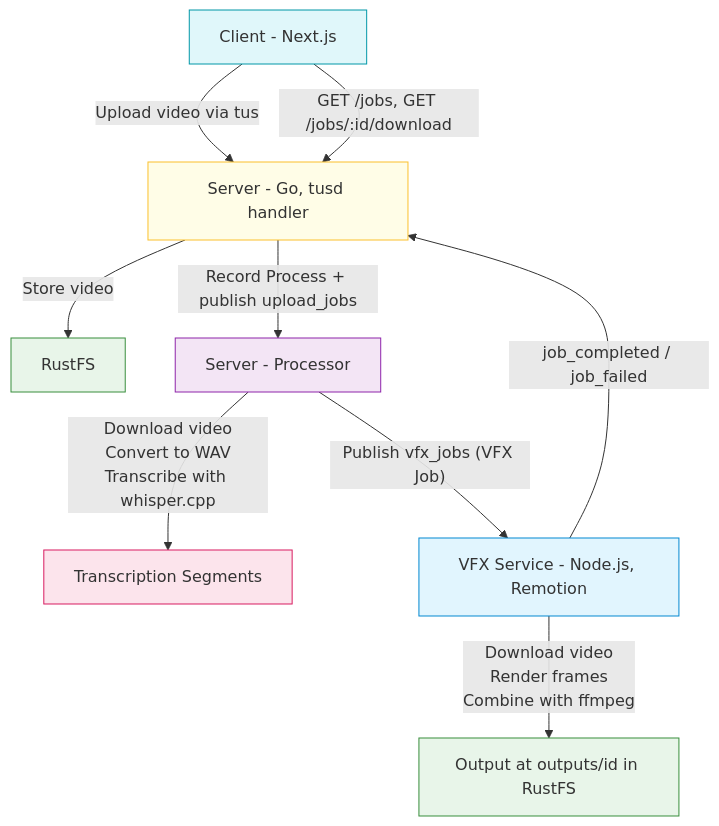
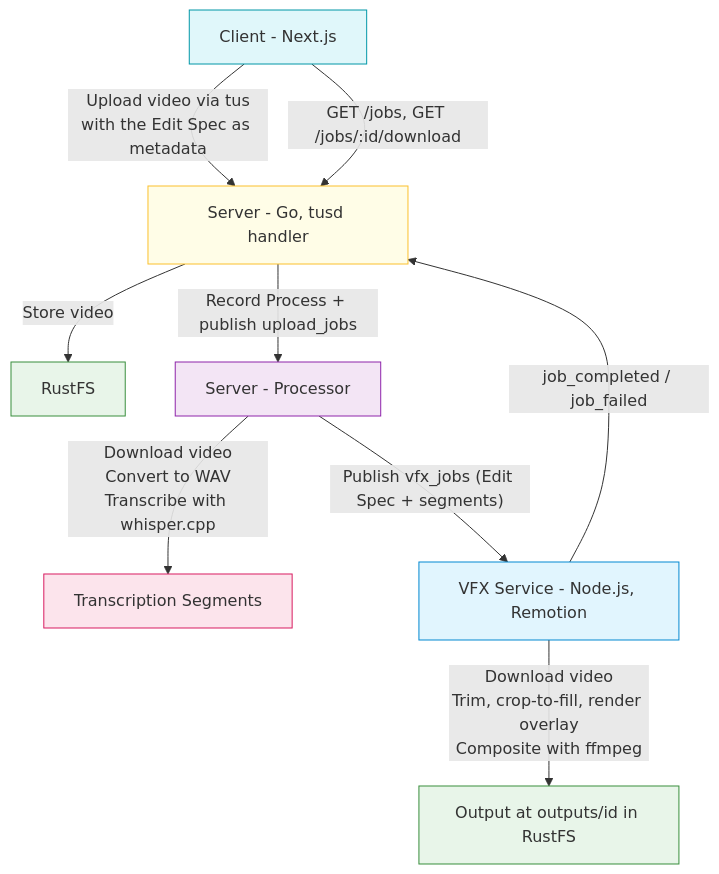
Before and after one commit to rubichandrap/subvision: the diagram in README.md, drawn with Mermaid. The commit also changed other lines of this file, not shown here.

````diff
--- a/README.md
+++ b/README.md
@@ -42,19 +42,19 @@
 ```mermaid
 flowchart TD
-    A[Client - Next.js] -- Upload video via tus --> B[Server - Go, tusd handler]
+    A[Client - Next.js] -- Upload video via tus<br>with the Edit Spec as metadata --> B[Server - Go, tusd handler]
     B -- Store video --> C[RustFS]
     B -- Record Process + publish upload_jobs --> D[Server - Processor]
     D -- Download video<br>Convert to WAV<br>Transcribe with whisper.cpp --> F[Transcription Segments]
-    D -- Publish vfx_jobs (VFX Job) --> G[VFX Service - Node.js, Remotion]
-    G -- Download video<br>Render frames<br>Combine with ffmpeg --> H[Output at outputs/id in RustFS]
+    D -- Publish vfx_jobs (Edit Spec + segments) --> G[VFX Service - Node.js, Remotion]
+    G -- Download video<br>Trim, crop-to-fill, render overlay<br>Composite with ffmpeg --> H[Output at outputs/id in RustFS]
     G -- job_completed / job_failed --> B
     A -- GET /jobs, GET /jobs/:id/download --> B
 
     style A fill:#e0f7fa,stroke:#0097a7
     style B fill:#fffde7,stroke:#fbc02d
     style C fill:#e8f5e9,stroke:#388e3c
     style D fill:#f3e5f5,stroke:#8e24aa
     style F fill:#fce4ec,stroke:#d81b60
     style G fill:#e1f5fe,stroke:#0288d1
     style H fill:#e8f5e9,stroke:#388e3c
 ```
````
